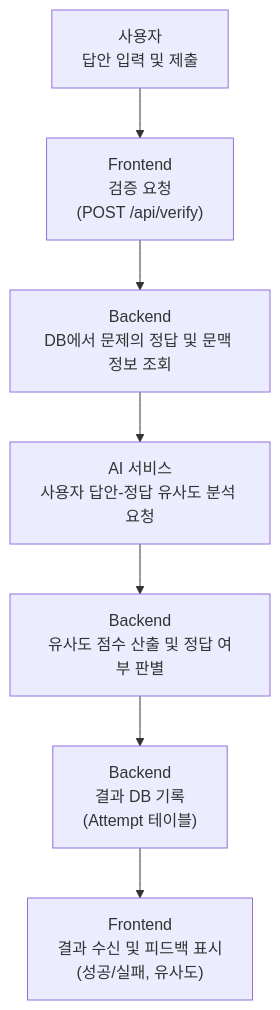
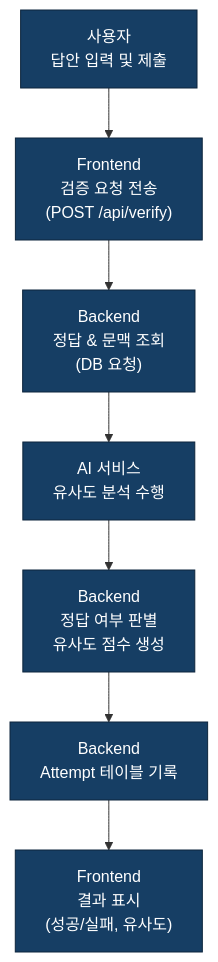
One commit to himchannnn/context_hunter changed the first of 2 diagrams in dataflow.md. Above: the diagram before and after it, drawn with Mermaid.

````diff
--- a/dataflow.md
+++ b/dataflow.md
@@ -1,19 +1,21 @@
 ```mermaid
 flowchart TD
 
-    User["사용자<br>답안 입력 및 제출"]
+    classDef box fill:#163E64,stroke:#0d253c,stroke-width:1px,color:#ffffff
 
-    FE_Request["Frontend<br>검증 요청<br>(POST /api/verify)"]
+    User["사용자<br>답안 입력 및 제출"]:::box
 
-    BE_Start["Backend<br>DB에서 문제의 정답 및 문맥 정보 조회"]
+    FE["Frontend<br>검증 요청 전송<br>(POST /api/verify)"]:::box
 
-    BE_AI["AI 서비스<br>사용자 답안-정답 유사도 분석 요청"]
+    BE_Query["Backend<br>정답 & 문맥 조회<br>(DB 요청)"]:::box
 
-    BE_Result["Backend<br>유사도 점수 산출 및 정답 여부 판별"]
+    AI["AI 서비스<br>유사도 분석 수행"]:::box
 
-    BE_Log["Backend<br>결과 DB 기록<br>(Attempt 테이블)"]
+    BE_Judge["Backend<br>정답 여부 판별<br>유사도 점수 생성"]:::box
 
-    FE_Response["Frontend<br>결과 수신 및 피드백 표시<br>(성공/실패, 유사도)"]
+    BE_Save["Backend<br>Attempt 테이블 기록"]:::box
 
-    User --> FE_Request --> BE_Start --> BE_AI --> BE_Result --> BE_Log --> FE_Response
+    FE_Return["Frontend<br>결과 표시<br>(성공/실패, 유사도)"]:::box
+
+    User --> FE --> BE_Query --> AI --> BE_Judge --> BE_Save --> FE_Return
 ```
````
